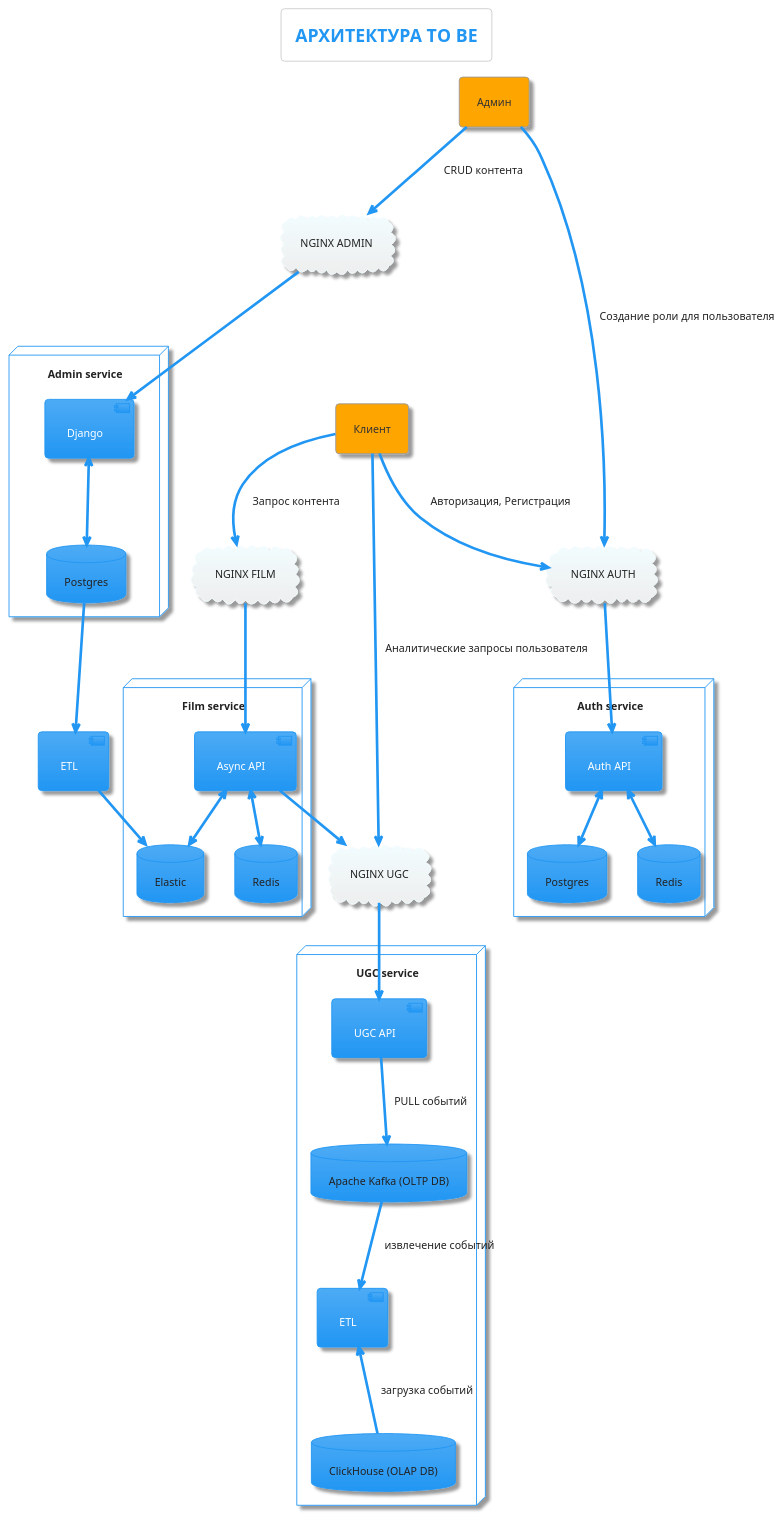
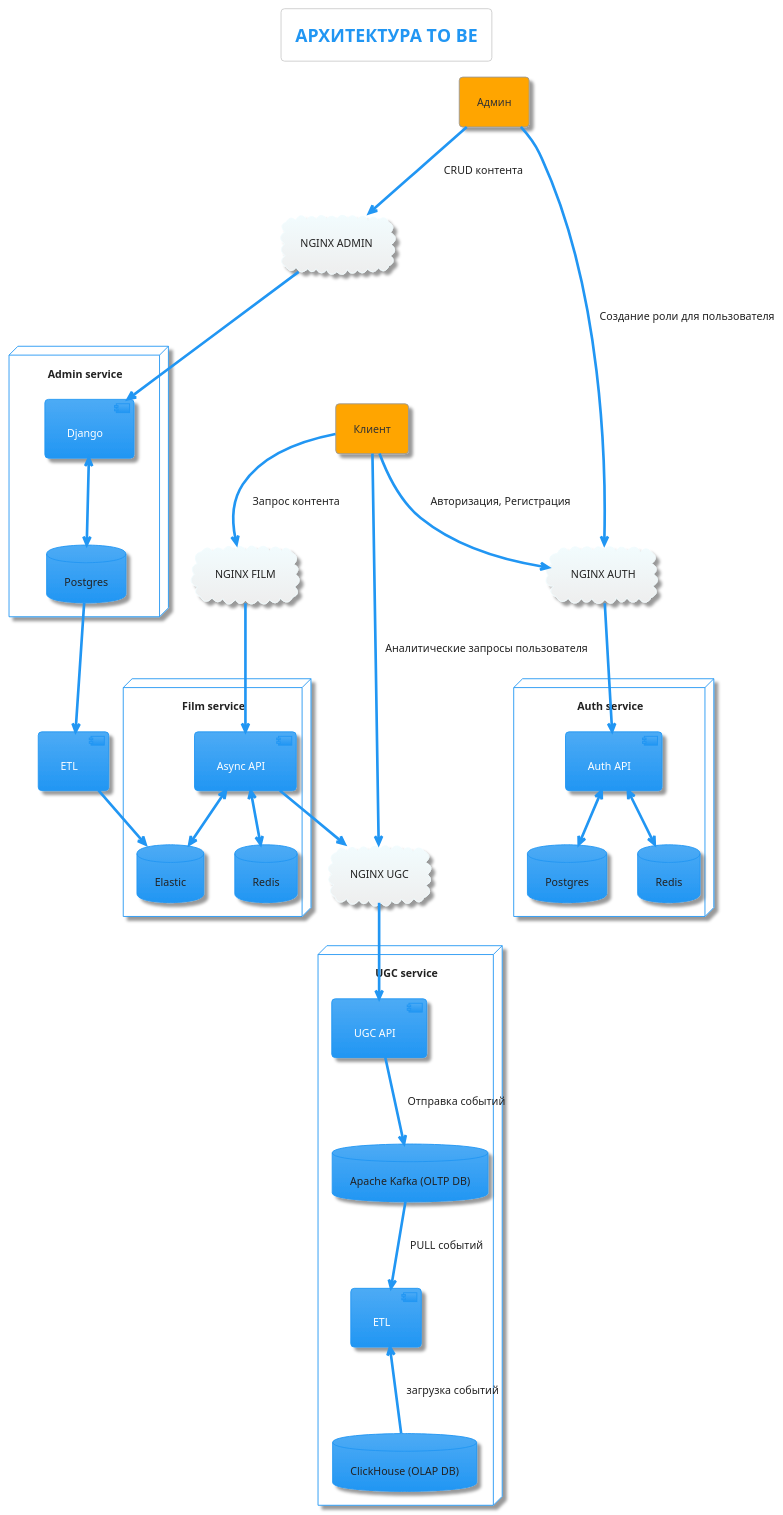
One commit to Germanio10/ugc_sprint_1 changed the diagram in architecture/to_be.puml. Above: the diagram before and after it, drawn with PlantUML. The commit also changed 1 other file, not shown here.

Commit message:
изм PULL событий

```diff
--- a/architecture/to_be.puml
+++ b/architecture/to_be.puml
@@ -1,60 +1,60 @@
 @startuml
 !theme materia
 
 title  АРХИТЕКТУРА ТO BE
 
 agent Админ
 agent Клиент
 cloud "NGINX ADMIN" as nginx_admin
 cloud "NGINX AUTH" as auth_nginx
 cloud "NGINX FILM" as film_nginx
 cloud "NGINX FILM" as film_nginx
 cloud "NGINX UGC" as ugc_nginx
 
 Админ --> nginx_admin: CRUD контента
 Админ --> auth_nginx:  Создание роли для пользователя
 Клиент --> auth_nginx:  Авторизация, Pегистрация
 Клиент --> film_nginx:  Запрос контента
 Клиент --> ugc_nginx:  Аналитические запросы пользователя
 
 
 node "Admin service" as admin_service {
     component Django
     database Postgres as pg_admin
     Django <--> pg_admin
 }
 
 node "Auth service" as auth_service {
     component "Auth API" as auth_api
     database Postgres as pg_auth
     database Redis
     auth_api <--> pg_auth
     auth_api <--> Redis
 }
 
 node "Film service" as film_service {
     component "Async API" as async_api
     database Elastic
     database Redis as redis_film
     async_api <--> Elastic
     async_api <--> redis_film
 }
 node "UGC service" as  ugc_service {
     component "UGC API" as ugc_api
     database "Apache Kafka (OLTP DB)" as kafka
     component "ETL" as ugc_etl
     database "ClickHouse (OLAP DB)" as click_house
-    ugc_api --> kafka:  "PULL событий"
-    kafka --> ugc_etl:  "извлечение событий"
+    ugc_api --> kafka:  "Отправка событий"
+    kafka --> ugc_etl:  "PULL событий"
     ugc_etl <-- click_house:  "загрузка событий"
 }
 component "ETL" as etl_films
     pg_admin --> etl_films
     etl_films --> Elastic
 
 nginx_admin --> Django
 auth_nginx --> auth_api
 film_nginx --> async_api
 ugc_nginx --> ugc_api
 async_api --> ugc_nginx
 @enduml
```
